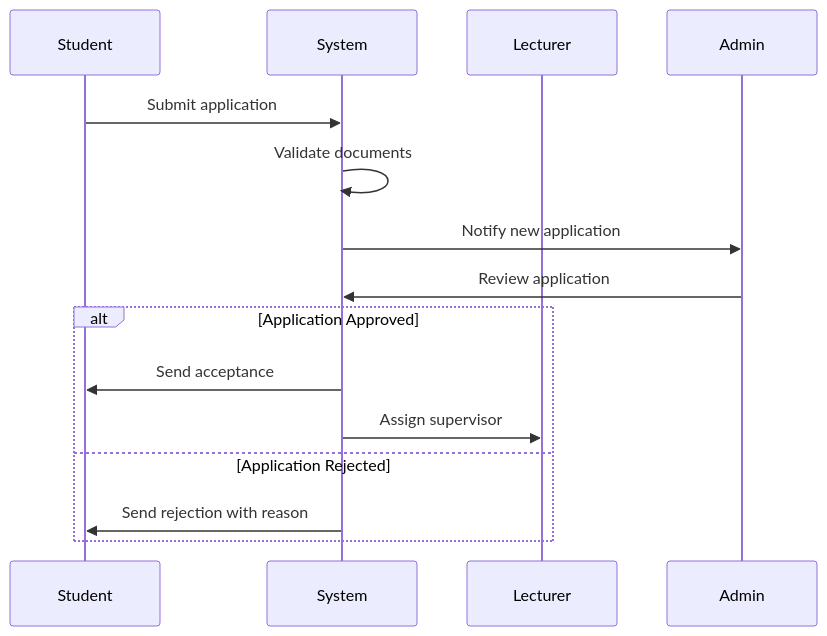
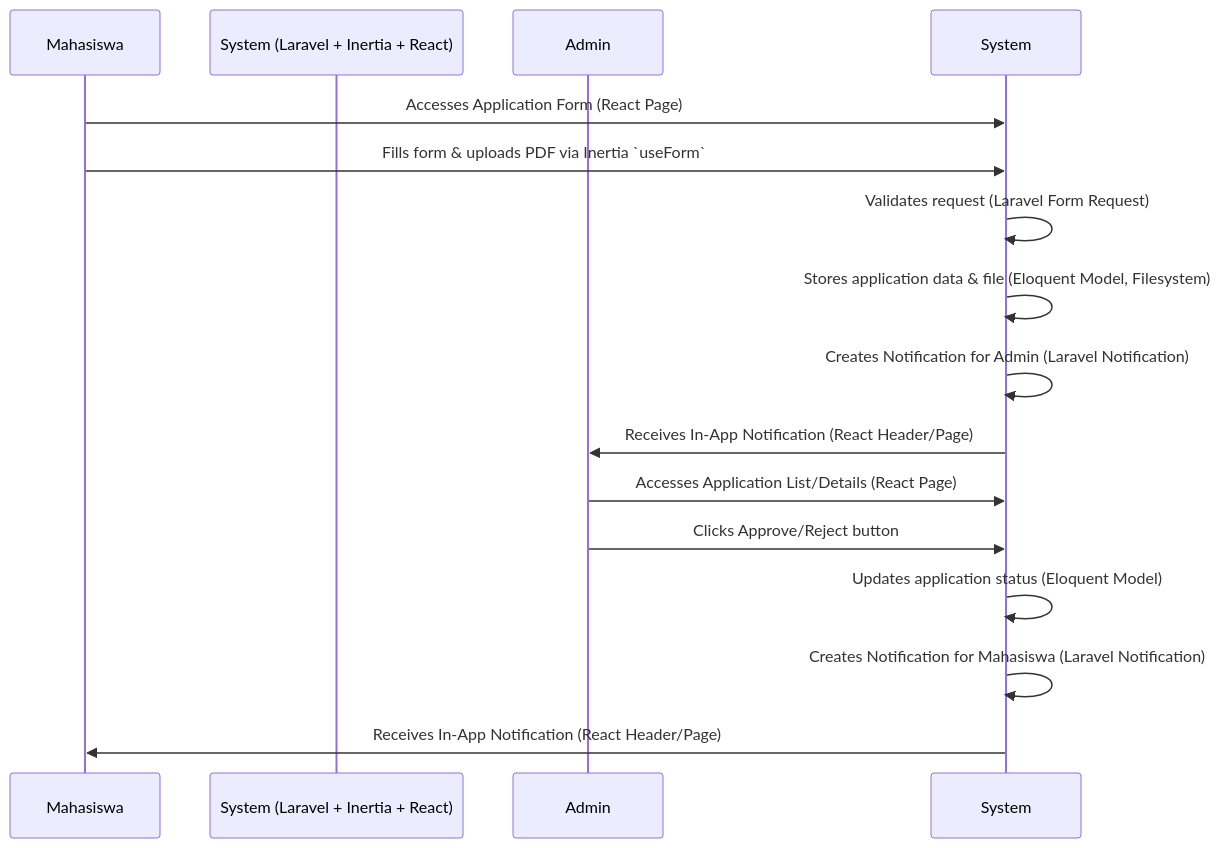
One commit to NeddyAP/manajemen-magang changed the first of 3 diagrams in memory-bank/systemPatterns.md. Above: the diagram before and after it, drawn with Mermaid. The commit also changed other lines of this file and 5 other files, not shown here.

````diff
--- a/memory-bank/systemPatterns.md
+++ b/memory-bank/systemPatterns.md
@@ -9,18 +9,18 @@
 ```mermaid
 sequenceDiagram
-    participant Student
-    participant System
-    participant Lecturer
+    participant Mahasiswa
+    participant System (Laravel + Inertia + React)
     participant Admin
 
-    Student->>System: Submit application
-    System->>System: Validate documents
-    System->>Admin: Notify new application
-    Admin->>System: Review application
-    alt Application Approved
-        System->>Student: Send acceptance
-        System->>Lecturer: Assign supervisor
-    else Application Rejected
-        System->>Student: Send rejection with reason
-    end
+    Mahasiswa->>System: Accesses Application Form (React Page)
+    Mahasiswa->>System: Fills form & uploads PDF via Inertia `useForm`
+    System->>System: Validates request (Laravel Form Request)
+    System->>System: Stores application data & file (Eloquent Model, Filesystem)
+    System->>System: Creates Notification for Admin (Laravel Notification)
+    System->>Admin: Receives In-App Notification (React Header/Page)
+    Admin->>System: Accesses Application List/Details (React Page)
+    Admin->>System: Clicks Approve/Reject button
+    System->>System: Updates application status (Eloquent Model)
+    System->>System: Creates Notification for Mahasiswa (Laravel Notification)
+    System->>Mahasiswa: Receives In-App Notification (React Header/Page)
 ```
````
